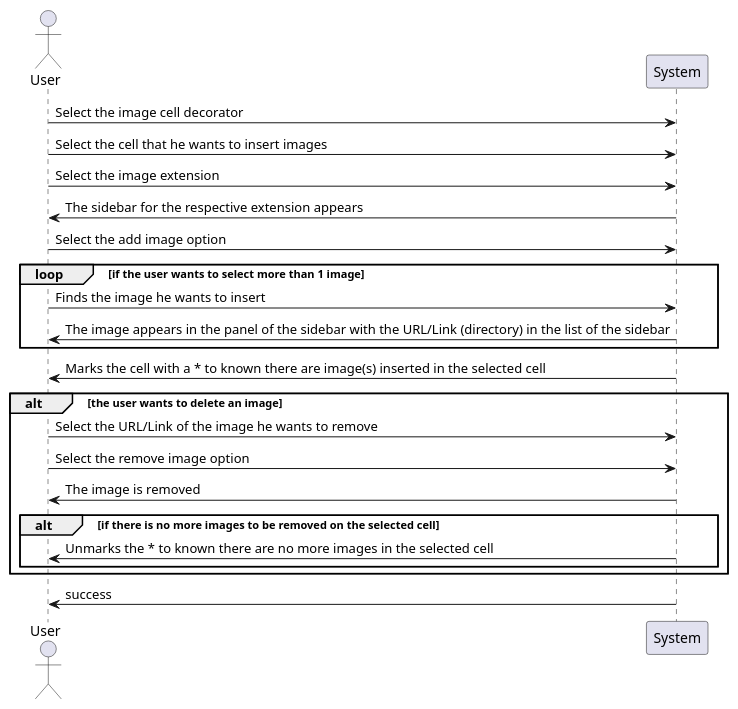
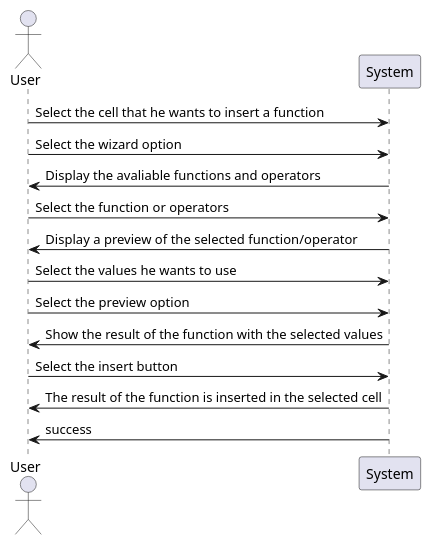
One commit to PeFerreira98/ISEP.Lic.LAPR4_2017 changed the diagram in src/main/java/lapr4/green/s3/lang/n1130626/intermediatewizard/lang04.2_analysis.puml. Above: the diagram before and after it, drawn with PlantUML.

Commit message:
#LAPR4E17DL-209 #comment Analysis partially done #time 1h

```diff
--- a/src/main/java/lapr4/green/s3/lang/n1130626/intermediatewizard/lang04.2_analysis.puml
+++ b/src/main/java/lapr4/green/s3/lang/n1130626/intermediatewizard/lang04.2_analysis.puml
@@ -1,31 +1,19 @@
 @startuml lang04.2_analysis.png
 
 actor User
 
 participant "System" as s
 
-User->s: Select the image cell decorator
-User->s: Select the cell that he wants to insert images
-User->s: Select the image extension
-s->User: The sidebar for the respective extension appears
-User->s: Select the add image option
-
-loop if the user wants to select more than 1 image
-User->s: Finds the image he wants to insert
-s->User: The image appears in the panel of the sidebar with the URL/Link (directory) in the list of the sidebar
-end
-
-s->User: Marks the cell with a * to known there are image(s) inserted in the selected cell
-
-alt the user wants to delete an image
-User->s: Select the URL/Link of the image he wants to remove
-User->s: Select the remove image option
-s->User: The image is removed
-alt if there is no more images to be removed on the selected cell
-s->User: Unmarks the * to known there are no more images in the selected cell
-end
-end
-
+User->s: Select the cell that he wants to insert a function
+User->s: Select the wizard option
+s->User: Display the avaliable functions and operators
+User->s: Select the function or operators
+s->User: Display a preview of the selected function/operator
+User->s: Select the values he wants to use
+User->s: Select the preview option
+s->User: Show the result of the function with the selected values
+User->s: Select the insert button
+s->User: The result of the function is inserted in the selected cell
 s->User: success
 
 @enduml
```
